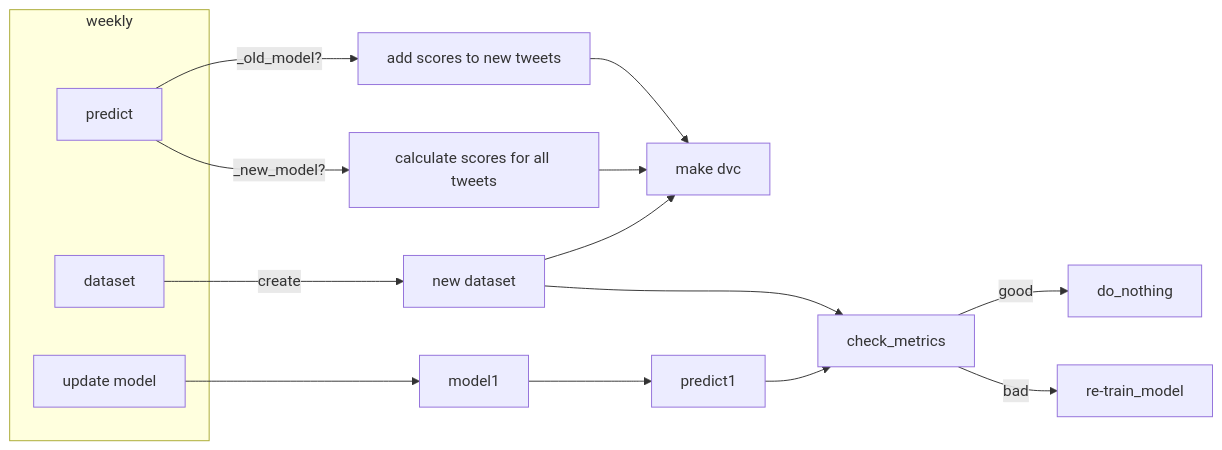
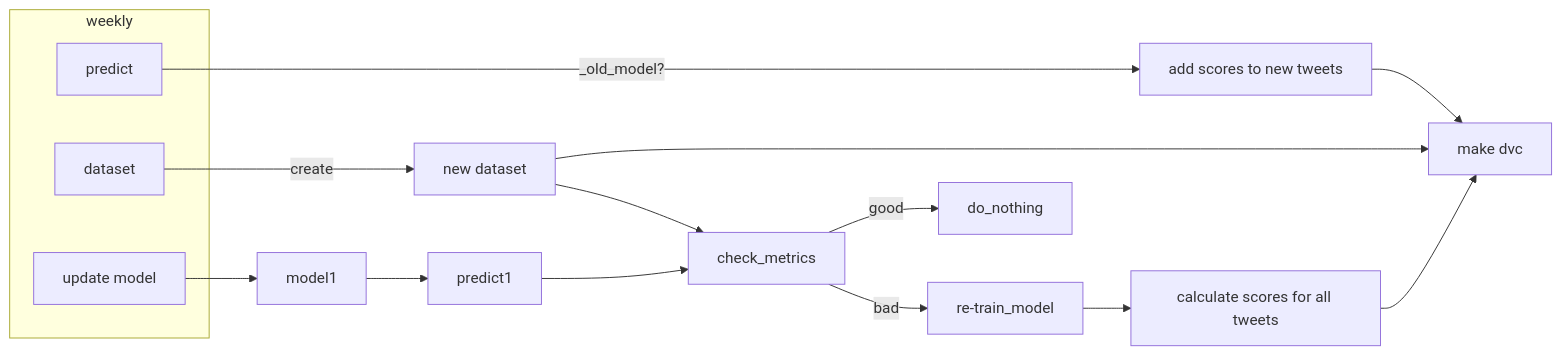
One commit to gsajko/tweetfeed changed the fourth of 4 diagrams in README.md. Above: the diagram before and after it, drawn with Mermaid. The commit also changed other lines of this file and 8 other files, not shown here.

````diff
--- a/README.md
+++ b/README.md
@@ -158,28 +158,27 @@
 ```mermaid
 flowchart LR
 
 
 p[predict]
 d[dataset]
 dvc[make dvc]
 
 subgraph weekly
 d
 um[update model]
 p
 
 end
 
 nd[new dataset]
 d --create--> nd --> dvc
 nd --> check_metrics
 
 um --> model1--> predict1 --> check_metrics
 check_metrics --good--> do_nothing
-check_metrics --bad--> re-train_model
+check_metrics --bad--> re-train_model --> alltweets --> dvc
 
 ntweets[add scores to new tweets]
 alltweets[calculate scores for all tweets]
 p--_old_model?-->ntweets --> dvc
-p--_new_model?-->alltweets --> dvc
 ```
````
